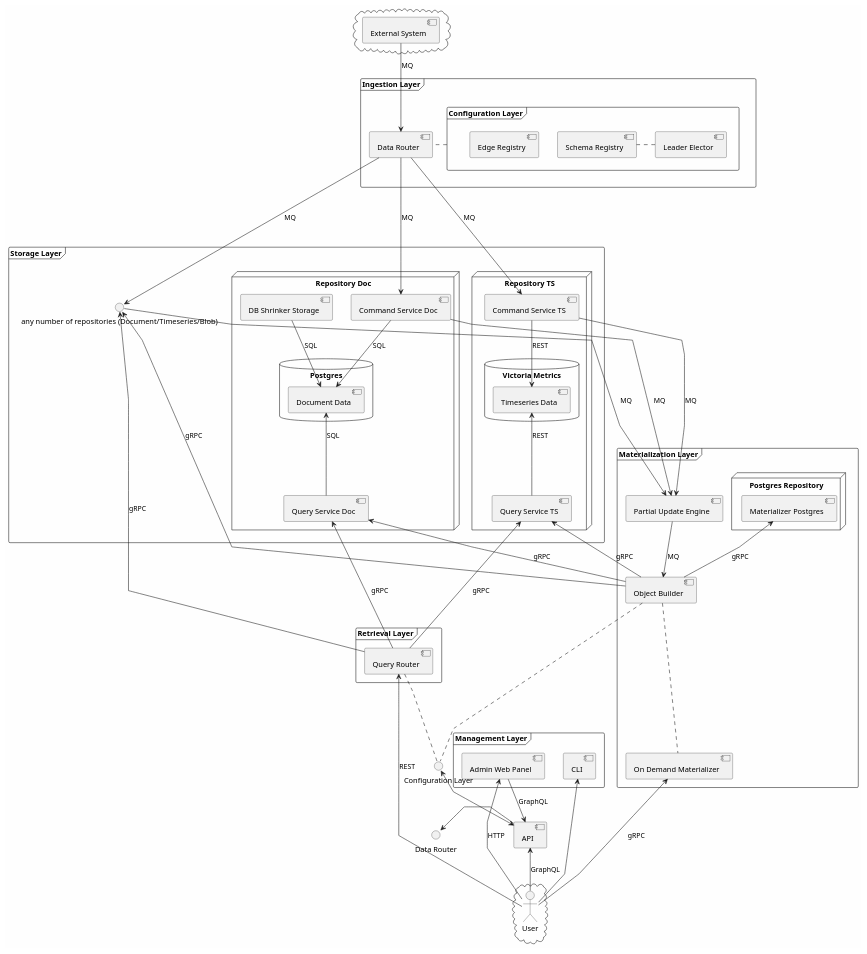
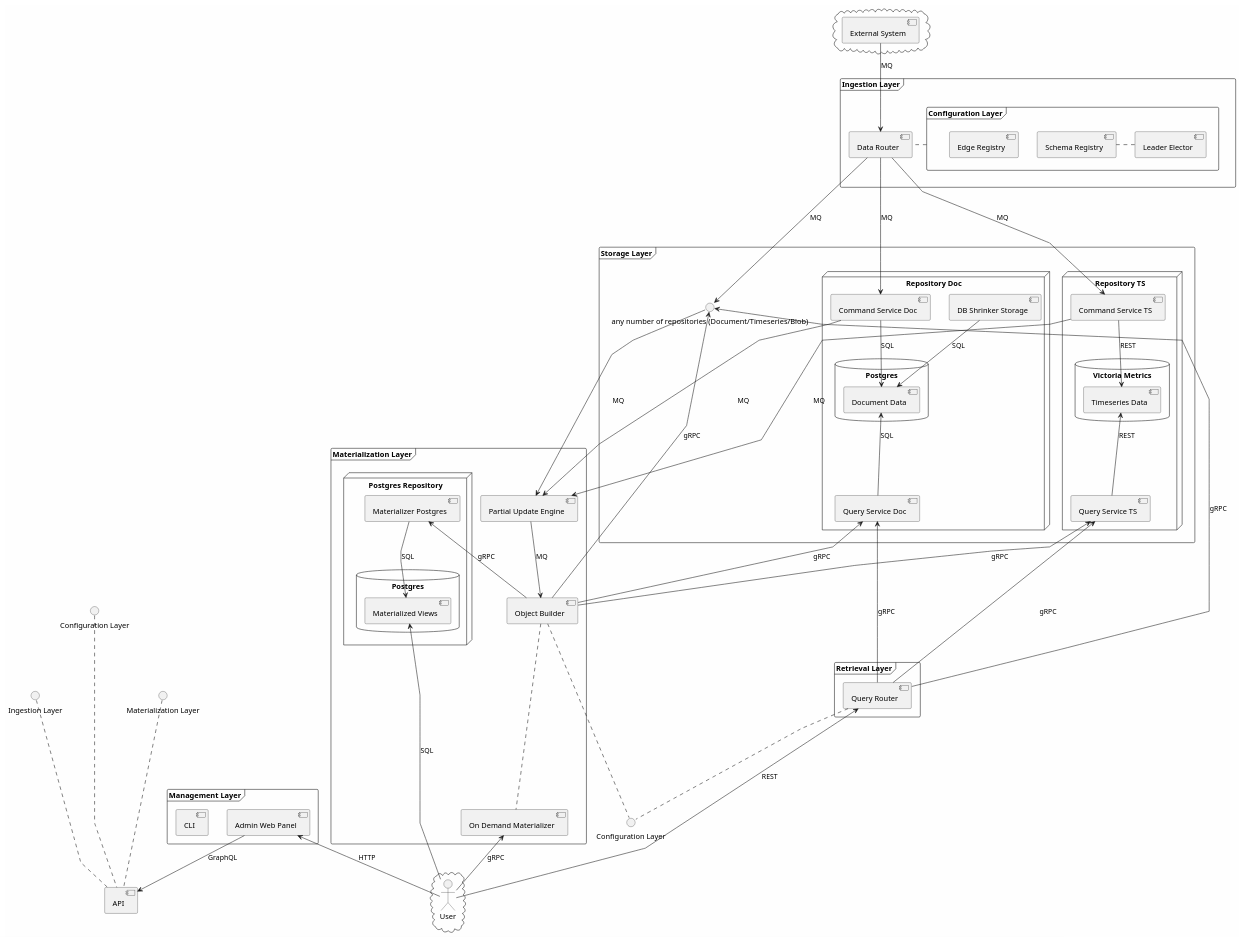
Before and after one commit to epiphany-platform/CommonDataLayer: the diagram in docs/architecture/graphs/cdl.puml, drawn with PlantUML.

Commit message:
Polish CDL graph

```diff
--- a/docs/architecture/graphs/cdl.puml
+++ b/docs/architecture/graphs/cdl.puml
@@ -1,100 +1,107 @@
 @startuml
 skinparam linetype polyline
 skinparam backgroundColor #FEFEFE
 skinparam transparent false
 
 interface "Configuration Layer" as ConfOut
-interface "Data Router" as DROut
+interface "Configuration Layer" as ConfAPI
+interface "Ingestion Layer" as DRAPI
+interface "Materialization Layer" as MatAPI
 
 cloud {
   [External System]
 }
 
 frame "Management Layer" {
     [CLI]
     [Admin Web Panel]
 }
 
-[API] <-up-> ConfOut
 
 frame "Ingestion Layer" {
-  API -left--> DROut
   [Data Router] -left--. [Configuration Layer]
 }
 
 frame "Configuration Layer" {
   [Schema Registry]
   [Leader Elector] -left--. [Schema Registry]
   [Edge Registry]
 }
 
 frame "Storage Layer" {
     node "Repository Doc" {
       [Command Service Doc]
 
       database "Postgres" {
         [Document Data]
       }
 
       [DB Shrinker Storage]
 
       [Query Service Doc]
     }
 
     node "Repository TS" {
       [Command Service TS]
 
       database "Victoria Metrics" {
         [Timeseries Data]
       }
 
       [Query Service TS]
     }
 
 
     () "any number of repositories (Document/Timeseries/Blob)" as ANY
 }
 
 frame "Materialization Layer" {
     [Partial Update Engine] -down-> [Object Builder]: MQ
     [Object Builder] -down--. ConfOut
     node "Postgres Repository" {
         [Materializer Postgres]
+
+        database "Postgres" as Postgres2 {
+            [Materialized Views]
+        }
     }
     [On Demand Materializer] -up--. [Object Builder]
 }
 
 frame "Retrieval Layer" {
   [Query Router] -right-. ConfOut
 }
 
 cloud {
   actor User
 }
 
 [Admin Web Panel] -down-> [API] : GraphQL
 [External System] -down-> [Data Router] : MQ
 [Data Router] -down--> [Command Service Doc] : MQ
 [Data Router] -down-> [Command Service TS] : MQ
 [Data Router] -down-> ANY : MQ
 [Command Service Doc] -down-> [Document Data] : SQL
 [Command Service TS] -down-> [Timeseries Data] : REST
 [Command Service Doc] -down-> [Partial Update Engine]: MQ
 [Command Service TS] -down-> [Partial Update Engine]: MQ
+[Materializer Postgres] -down-> [Materialized Views] : SQL
 ANY -down-> [Partial Update Engine]: MQ
 [DB Shrinker Storage] -down-> [Document Data] : SQL
 [Query Service Doc] -up-> [Document Data] : SQL
 [Query Service TS] -up-> [Timeseries Data] : REST
 [Query Router] -up--> [Query Service Doc] : gRPC
 [Query Router] -up-> [Query Service TS] : gRPC
 [Query Router] -up-> ANY : gRPC
 [Object Builder] -up-> [Query Service Doc]: gRPC
 [Object Builder] -up-> [Query Service TS]: gRPC
 [Object Builder] -up-> ANY : gRPC
 [Object Builder] -up-> [Materializer Postgres]: gRPC
+[API] -up--. MatAPI
+[API] --up--. ConfAPI
+[API] -up--. DRAPI
 User -up-> [Query Router] : REST
 User -up-> [On Demand Materializer]: gRPC
 User -up-> [Admin Web Panel]: HTTP
-User -up-> [API]: GraphQL
-User -up-> [CLI]
+User -up-> [Materialized Views] : SQL
 @enduml
```
